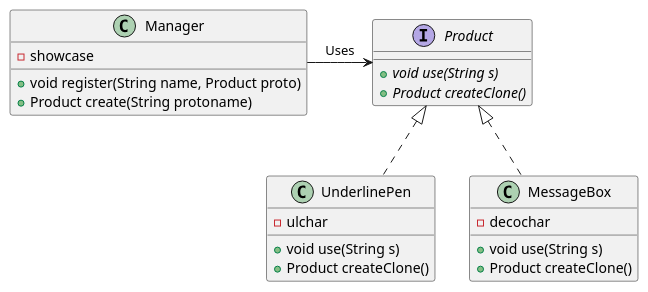
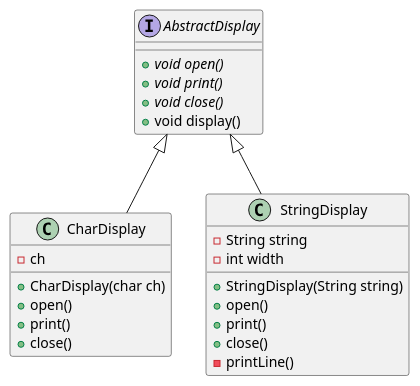
Before and after one commit to ku2ma2/design_pattern: the diagram in Template/README.md, drawn with PlantUML. The commit also changed 1 other file, not shown here.

````diff
--- a/Template/README.md
+++ b/Template/README.md
@@ -4,33 +4,35 @@
 ```uml
 @startuml
 
-class Manager {
-    -showcase
-    +void register(String name, Product proto)
-    +Product create(String protoname)
+
+interface AbstractDisplay {
+    {abstract} +void open()
+    {abstract} +void print()
+    {abstract} +void close()
+    +void display()
 }
 
-interface Product {
-    {abstract} +void use(String s)
-    {abstract} +Product createClone()
+class CharDisplay {
+    -ch
+    +CharDisplay(char ch)
+    +open()
+    +print()
+    +close()
 }
 
-class UnderlinePen {
-    -ulchar
-    +void use(String s)
-    +Product createClone()
+class StringDisplay {
+  -String string
+  -int width
+  +StringDisplay(String string)
+  +open()
+  +print()
+  +close()
+  -printLine()
 }
 
-class MessageBox {
-    -decochar
-    +void use(String s)
-    +Product createClone()
-}
-
-Manager -right-> Product: Uses
-UnderlinePen .up.|> Product
-MessageBox .up.|> Product
+CharDisplay -up-|> AbstractDisplay
+StringDisplay -up-|> AbstractDisplay
 
 
 @enduml
 ```
````
